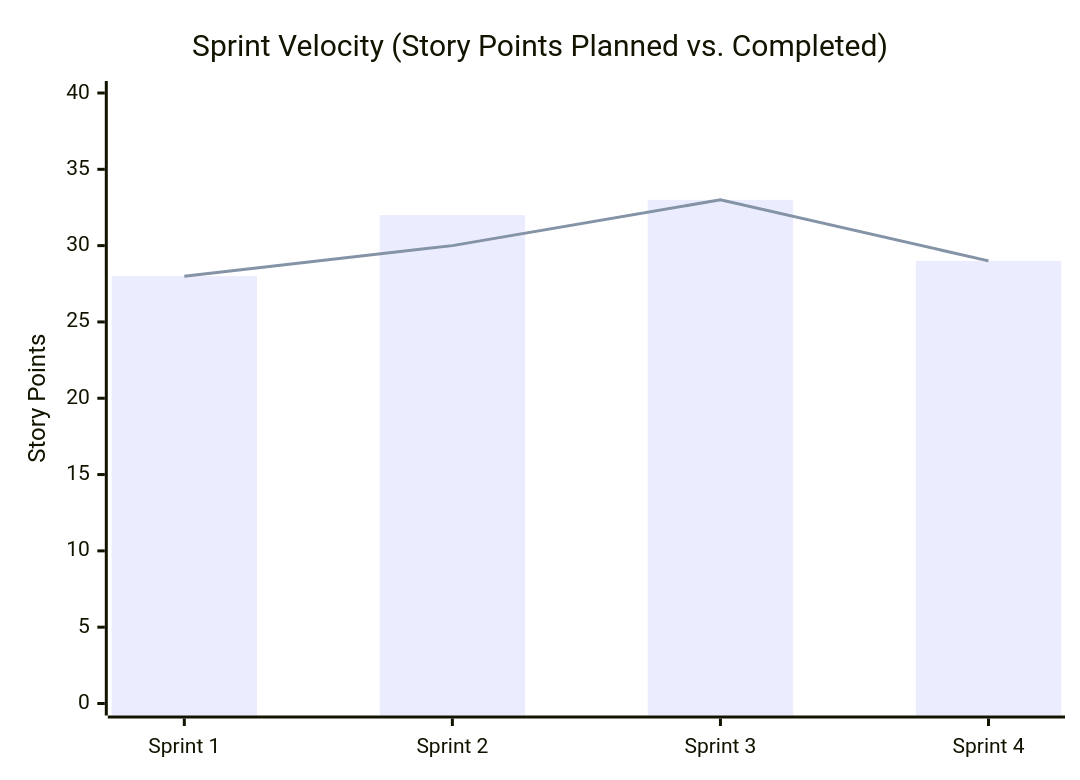
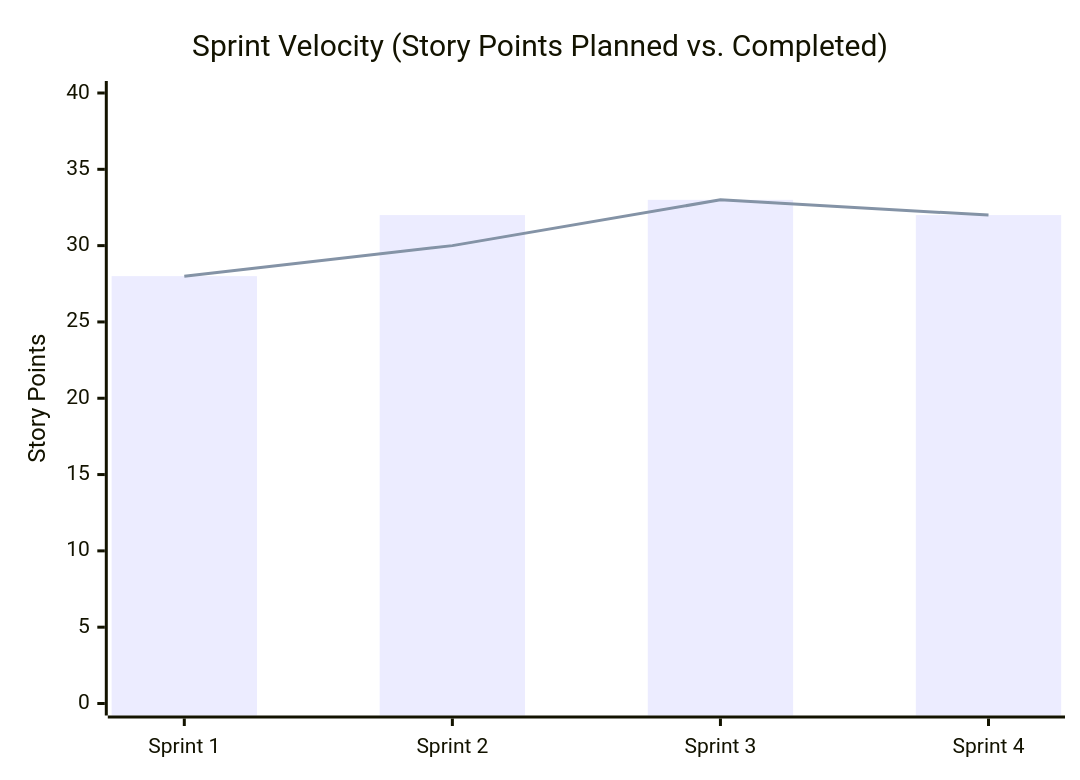
One commit to Numesh20/quickcare-telehealth changed the diagram in 04_Sprint_Execution/04_Sprint_Plan_and_Ceremonies.md. Above: the diagram before and after it, drawn with Mermaid. The commit also changed other lines of this file and 10 other files, not shown here.

````diff
--- a/04_Sprint_Execution/04_Sprint_Plan_and_Ceremonies.md
+++ b/04_Sprint_Execution/04_Sprint_Plan_and_Ceremonies.md
@@ -76,8 +76,8 @@
 ```mermaid
 xychart-beta
     title "Sprint Velocity (Story Points Planned vs. Completed)"
     x-axis ["Sprint 1", "Sprint 2", "Sprint 3", "Sprint 4"]
     y-axis "Story Points" 0 --> 40
-    bar [28, 32, 33, 29]
-    line [28, 30, 33, 29]
+    bar [28, 32, 33, 32]
+    line [28, 30, 33, 32]
 ```
````
